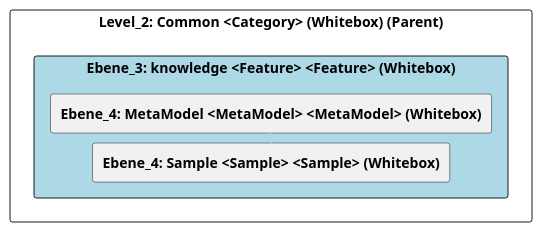
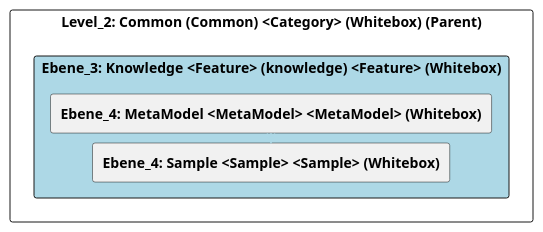
Before and after one commit to marcozwyssig/cleon: the diagram in doc/cleonproject_deliverables_architecture_model_architecture/adoc/de/05_bausteinsicht/cleon/common/knowledge/ebene_3_knowledge.adoc, drawn with PlantUML. The commit also changed other lines of this file and 166 other files, not shown here.

```diff
--- a/doc/cleonproject_deliverables_architecture_model_architecture/adoc/de/05_bausteinsicht/cleon/common/knowledge/ebene_3_knowledge.adoc
+++ b/doc/cleonproject_deliverables_architecture_model_architecture/adoc/de/05_bausteinsicht/cleon/common/knowledge/ebene_3_knowledge.adoc
@@ -20,28 +20,28 @@
-[plantuml, Ebene_3: knowledge <Feature> <Feature> (Whitebox)BlockOverview, format="svg"]
+[plantuml, Ebene_3: Knowledge <Feature> (knowledge) <Feature> (Whitebox)BlockOverview, format="svg"]
 ----
-@startuml Ebene_3: knowledge <Feature> <Feature> (Whitebox)BuildingBlockOverview
+@startuml Ebene_3: Knowledge <Feature> (knowledge) <Feature> (Whitebox)BuildingBlockOverview
 
 skinparam ranksep 10
 skinparam componentStyle rectangle
 skinparam shadowing false
 skinparam arrowColor lightblue
 skinparam arrowThickness 1.2
 skinparam rectangle {
   BackgroundColor White
   BorderColor #333
   RoundCorner 10
 }
 top to bottom direction
 
-component "Level_2: Common <Category> (Whitebox) (Parent)" {
-    component "Ebene_3: knowledge <Feature> <Feature> (Whitebox)" #lightblue {
+component "Level_2: Common (Common) <Category> (Whitebox) (Parent)" {
+    component "Ebene_3: Knowledge <Feature> (knowledge) <Feature> (Whitebox)" #lightblue {
         [**Ebene_4: MetaModel <MetaModel> <MetaModel> (Whitebox)**] as 4A57056D_D579_11EE_903E_9F564E4DE07E
         [**Ebene_4: Sample <Sample> <Sample> (Whitebox)**] as 4A56DE4C_D579_11EE_903E_9F564E4DE07E
     }
 
     4A57056D_D579_11EE_903E_9F564E4DE07E -down-> 4A56DE4C_D579_11EE_903E_9F564E4DE07E
     
 }
 
 @enduml
 ----
```
